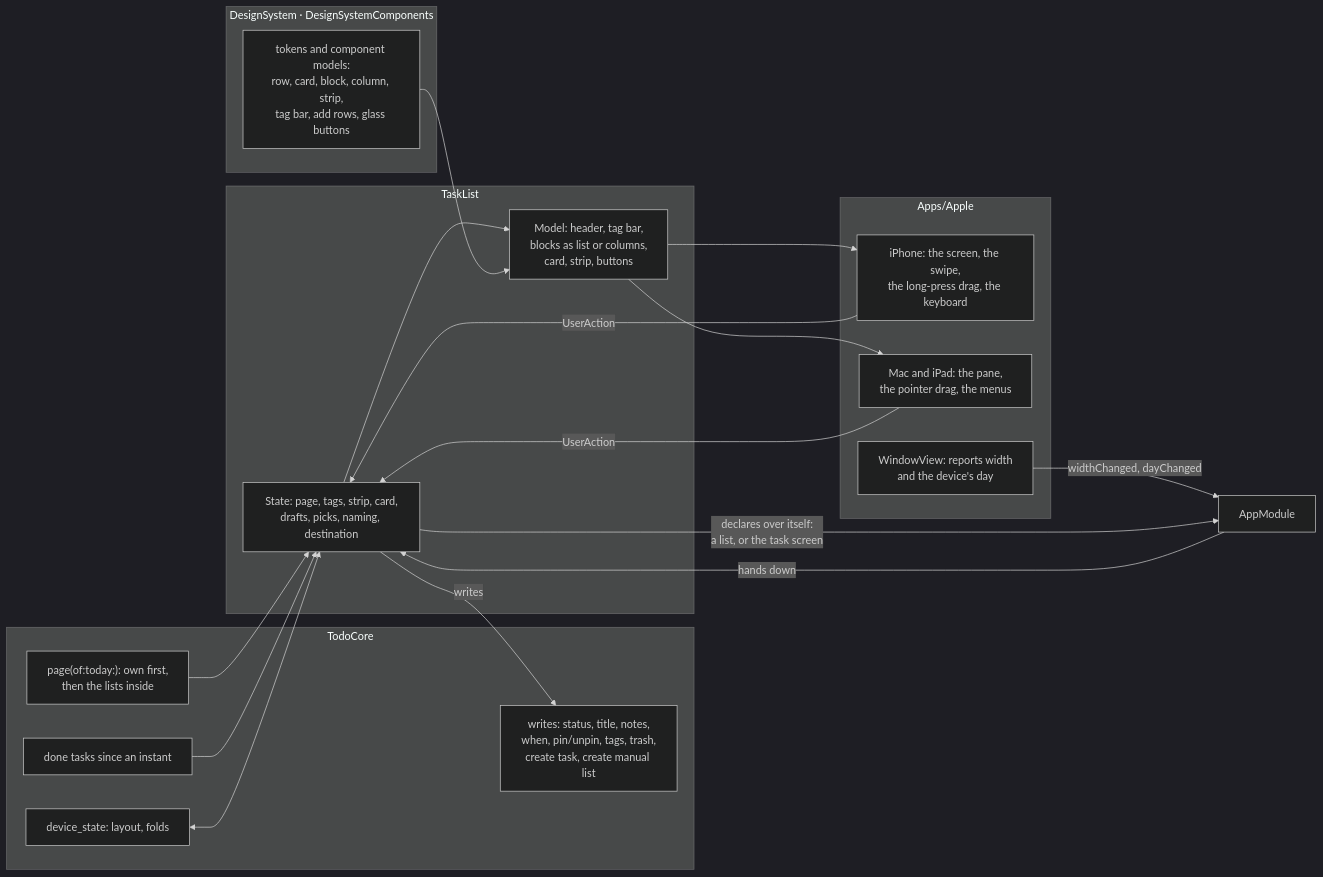
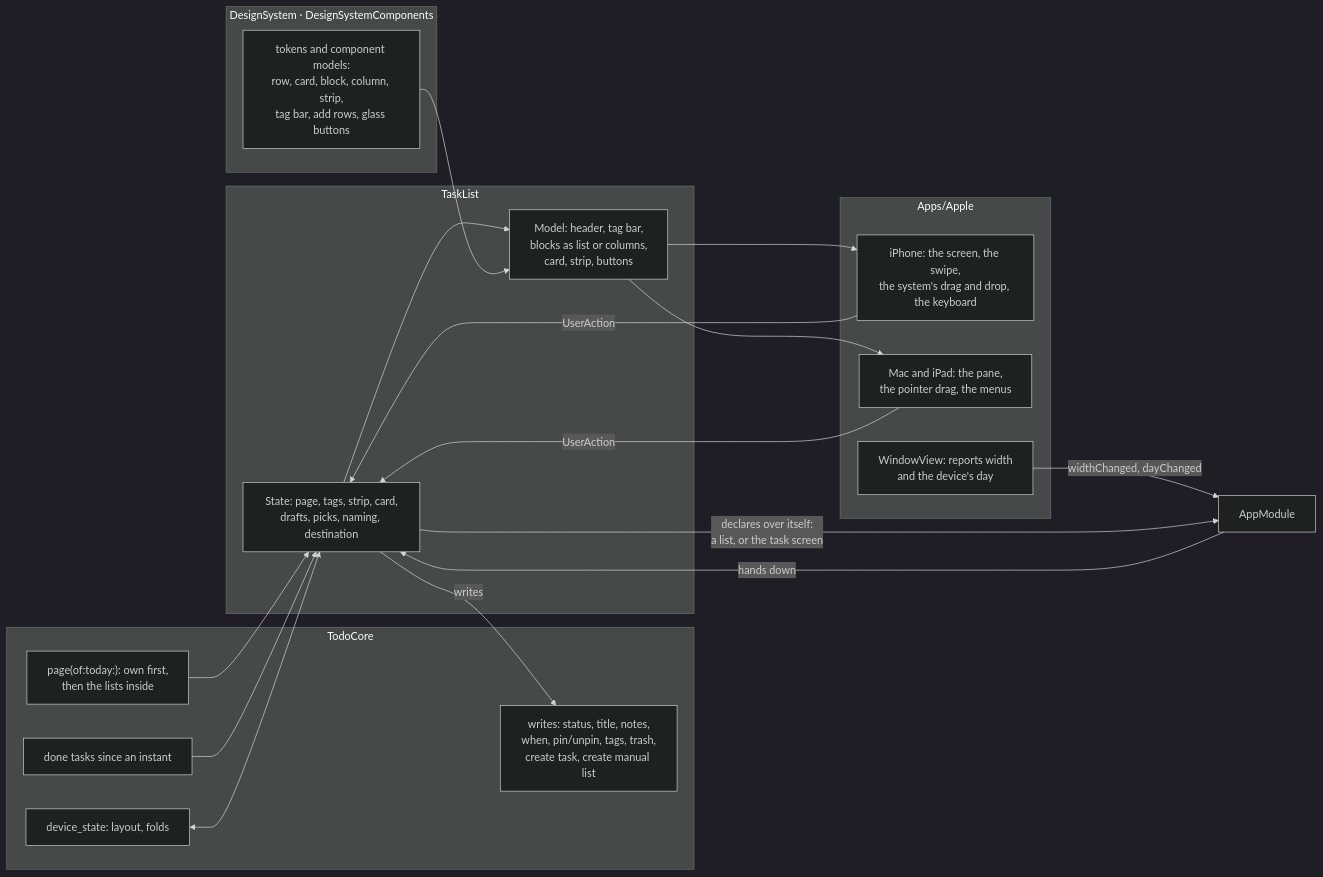
The diagram in docs/specs/list-screen.md (maldrakar/todo-app), drawn with Mermaid (dark theme) before and after one commit. The commit also changed other lines of this file and 103 other files, not shown here.

Commit message:
feat(apple): draw the list screen on iPhone (#194)

````diff
--- a/docs/specs/list-screen.md
+++ b/docs/specs/list-screen.md
@@ -189,35 +193,35 @@
 ```mermaid
 flowchart LR
   subgraph Core["TodoCore"]
     P["page(of:today:): own first,<br/>then the lists inside"]
     D["done tasks since an instant"]
     W["writes: status, title, notes,<br/>when, pin/unpin, tags, trash,<br/>create task, create manual list"]
     S["device_state: layout, folds"]
   end
   subgraph Module["TaskList"]
     T["State: page, tags, strip, card,<br/>drafts, picks, naming, destination"]
     M["Model: header, tag bar,<br/>blocks as list or columns,<br/>card, strip, buttons"]
   end
   subgraph DS["DesignSystem · DesignSystemComponents"]
     C["tokens and component models:<br/>row, card, block, column, strip,<br/>tag bar, add rows, glass buttons"]
   end
   subgraph Apple["Apps/Apple"]
-    I["iPhone: the screen, the swipe,<br/>the long-press drag, the keyboard"]
+    I["iPhone: the screen, the swipe,<br/>the system's drag and drop, the keyboard"]
     K["Mac and iPad: the pane,<br/>the pointer drag, the menus"]
     V["WindowView: reports width<br/>and the device's day"]
   end
   R["AppModule"]
   P --> T
   D --> T
   S <--> T
   T --> M
   C --> M
   M --> I
   M --> K
   I -- "UserAction" --> T
   K -- "UserAction" --> T
   T -- "writes" --> W
   V -- "widthChanged, dayChanged" --> R
   R -- "hands down" --> T
   T -- "declares over itself:<br/>a list, or the task screen" --> R
 ```
````
